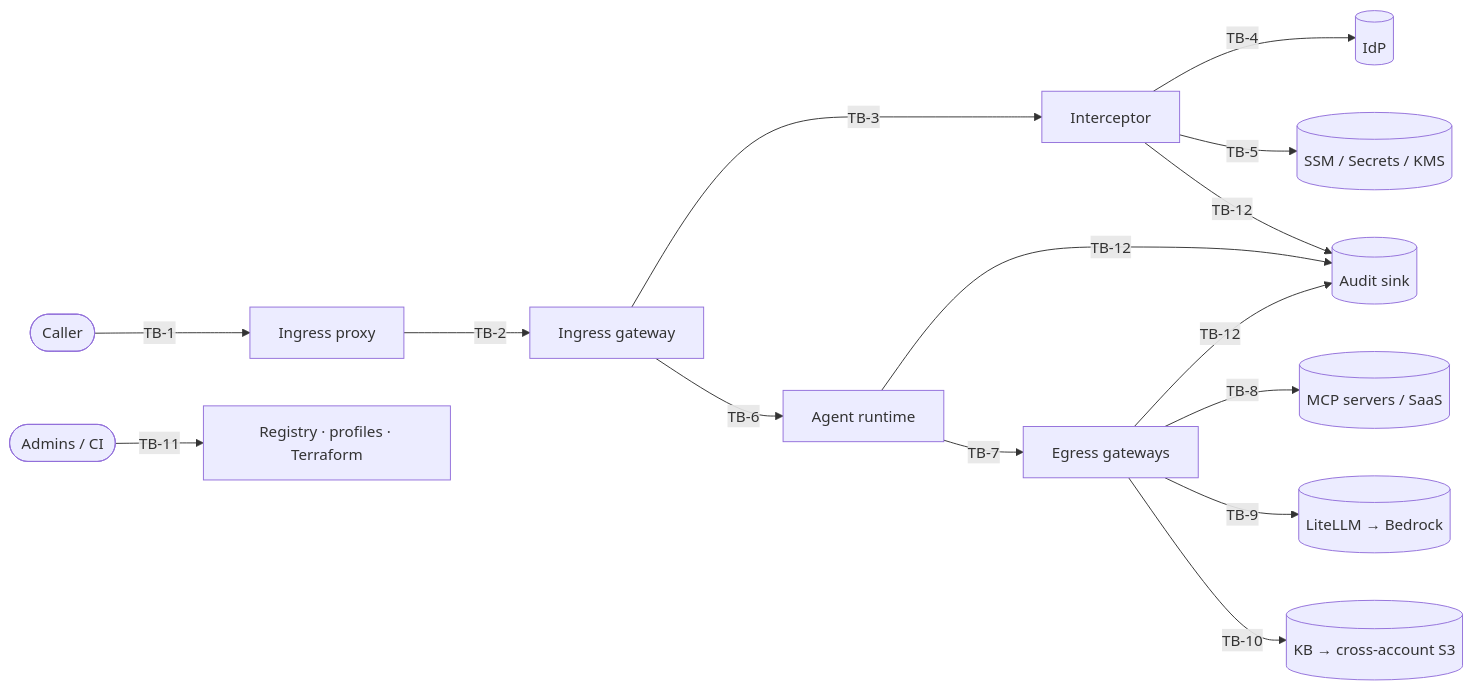
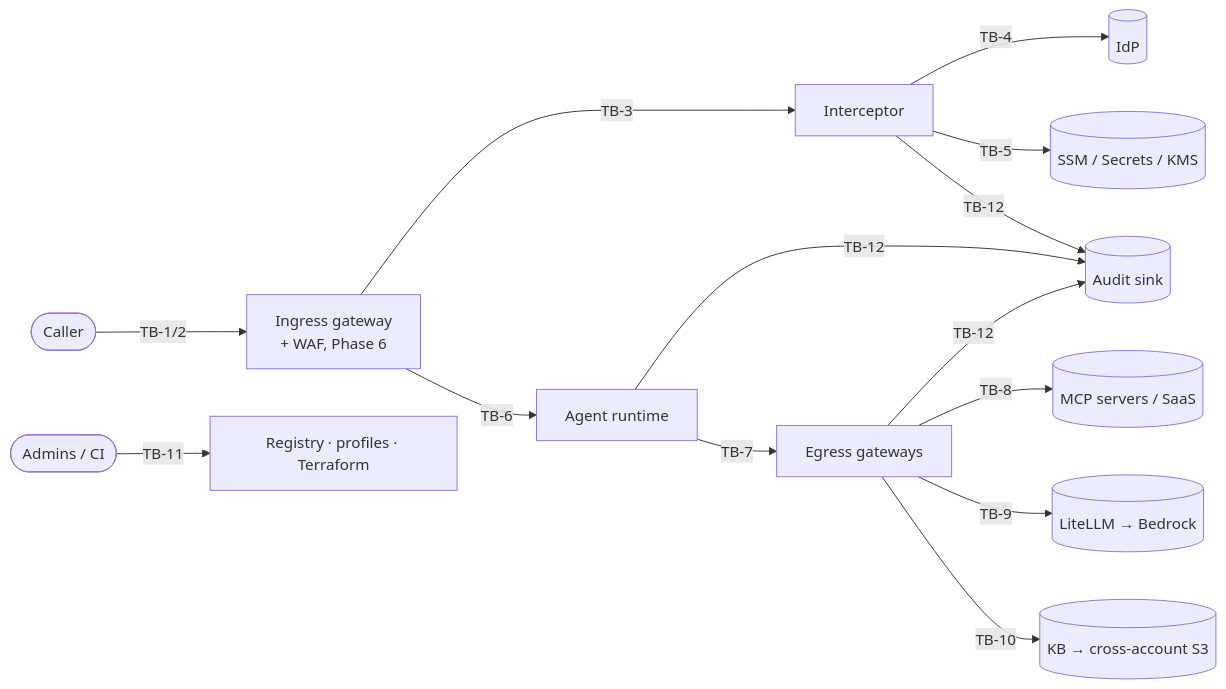
One commit to parthamehta123/agent-trust-fabric changed the diagram in docs/threat-model.md. Above: the diagram before and after it, drawn with Mermaid. The commit also changed other lines of this file and 18 other files, not shown here.

````diff
--- a/docs/threat-model.md
+++ b/docs/threat-model.md
@@ -39,13 +39,13 @@
 ```mermaid
 flowchart LR
-  C([Caller]) -->|TB-1| P[Ingress proxy] -->|TB-2| G[Ingress gateway] -->|TB-3| I[Interceptor]
+  C([Caller]) -->|TB-1/2| G[Ingress gateway<br/>+ WAF, Phase 6] -->|TB-3| I[Interceptor]
   I -->|TB-4| IDP[(IdP)]
   I -->|TB-5| CFG[(SSM / Secrets / KMS)]
   G -->|TB-6| R[Agent runtime]
   R -->|TB-7| EG[Egress gateways]
   EG -->|TB-8| T[(MCP servers / SaaS)]
   EG -->|TB-9| M[(LiteLLM → Bedrock)]
   EG -->|TB-10| K[(KB → cross-account S3)]
   ADM([Admins / CI]) -->|TB-11| CP[Registry · profiles · Terraform]
   I & R & EG -->|TB-12| AUD[(Audit sink)]
 ```
````
